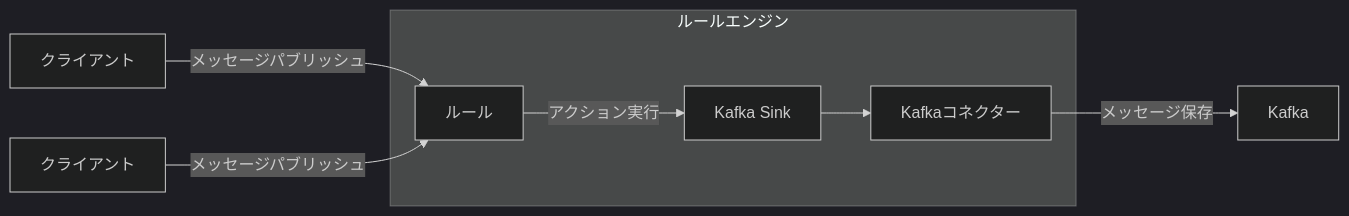
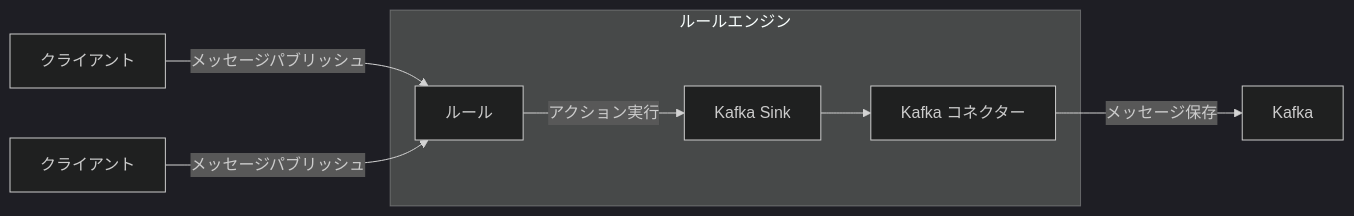
Before and after one commit to emqx/emqx-docs: the first of 2 diagrams in ja_JP/data-integration/data-bridges.md, drawn with Mermaid (dark theme). The commit also changed other lines of this file and 41 other files, not shown here.

````diff
--- a/ja_JP/data-integration/data-bridges.md
+++ b/ja_JP/data-integration/data-bridges.md
@@ -39,11 +39,11 @@
 ```mermaid
 graph LR
   A[クライアント] -->|メッセージパブリッシュ| B[ルール]
   A1[クライアント] --> |メッセージパブリッシュ| B
 
   subgraph ルールエンジン
-    B -->  |アクション実行| C[Kafka Sink] --> D[Kafkaコネクター]
+    B -->  |アクション実行| C[Kafka Sink] --> D[Kafka コネクター]
   end
 
 D -->|メッセージ保存| E[Kafka]
 ```
````
